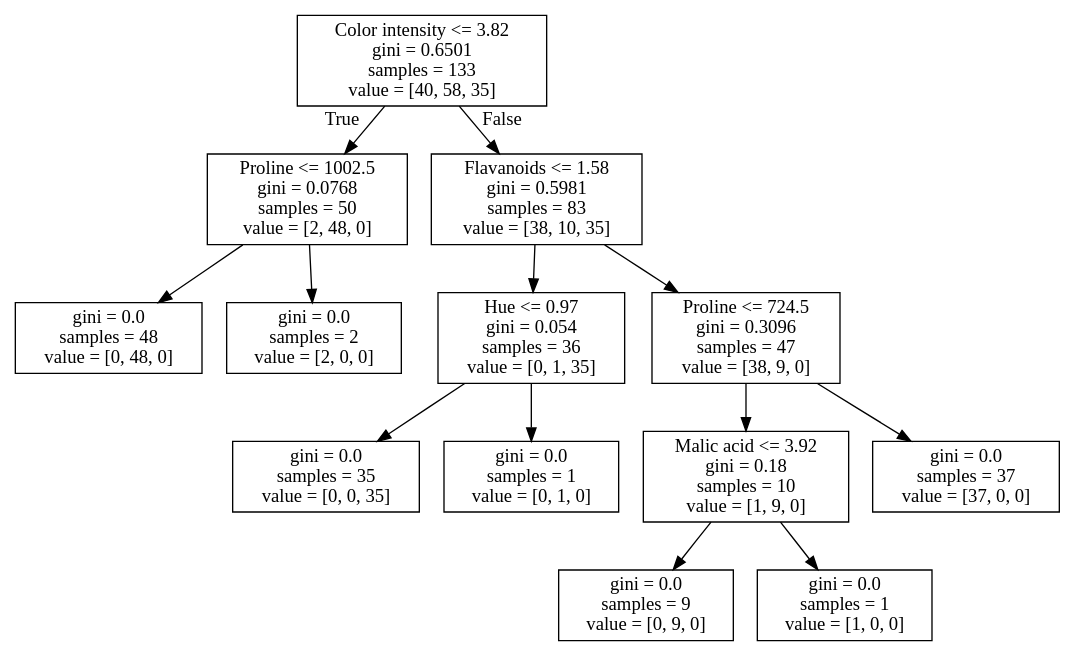
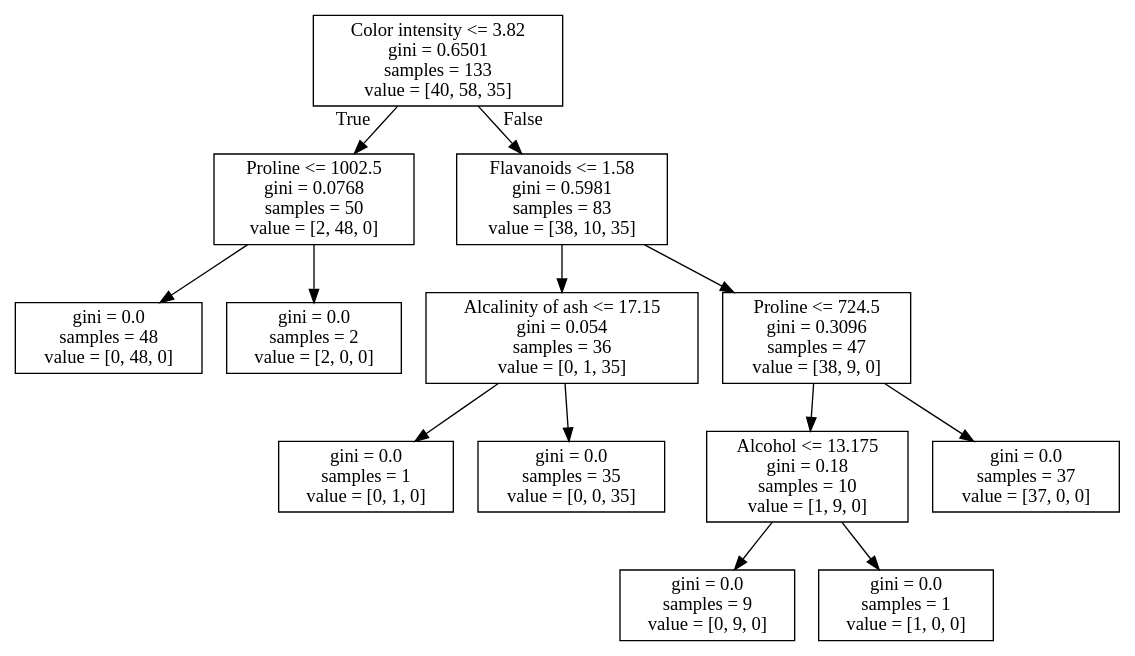
One commit to AnilKumarTeegala/DSE220_Machine_Learning changed the diagram in IPynb/workfile.dot. Above: the diagram before and after it, drawn with Graphviz. The commit also changed 3 other files, not shown here.

```diff
--- a/IPynb/workfile.dot
+++ b/IPynb/workfile.dot
@@ -1,28 +1,28 @@
 digraph Tree {
 node [shape=box] ;
 0 [label="Color intensity <= 3.82\ngini = 0.6501\nsamples = 133\nvalue = [40, 58, 35]"] ;
 1 [label="Proline <= 1002.5\ngini = 0.0768\nsamples = 50\nvalue = [2, 48, 0]"] ;
 0 -> 1 [labeldistance=2.5, labelangle=45, headlabel="True"] ;
 2 [label="gini = 0.0\nsamples = 48\nvalue = [0, 48, 0]"] ;
 1 -> 2 ;
 3 [label="gini = 0.0\nsamples = 2\nvalue = [2, 0, 0]"] ;
 1 -> 3 ;
 4 [label="Flavanoids <= 1.58\ngini = 0.5981\nsamples = 83\nvalue = [38, 10, 35]"] ;
 0 -> 4 [labeldistance=2.5, labelangle=-45, headlabel="False"] ;
-5 [label="Hue <= 0.97\ngini = 0.054\nsamples = 36\nvalue = [0, 1, 35]"] ;
+5 [label="Alcalinity of ash <= 17.15\ngini = 0.054\nsamples = 36\nvalue = [0, 1, 35]"] ;
 4 -> 5 ;
-6 [label="gini = 0.0\nsamples = 35\nvalue = [0, 0, 35]"] ;
+6 [label="gini = 0.0\nsamples = 1\nvalue = [0, 1, 0]"] ;
 5 -> 6 ;
-7 [label="gini = 0.0\nsamples = 1\nvalue = [0, 1, 0]"] ;
+7 [label="gini = 0.0\nsamples = 35\nvalue = [0, 0, 35]"] ;
 5 -> 7 ;
 8 [label="Proline <= 724.5\ngini = 0.3096\nsamples = 47\nvalue = [38, 9, 0]"] ;
 4 -> 8 ;
-9 [label="Malic acid <= 3.92\ngini = 0.18\nsamples = 10\nvalue = [1, 9, 0]"] ;
+9 [label="Alcohol <= 13.175\ngini = 0.18\nsamples = 10\nvalue = [1, 9, 0]"] ;
 8 -> 9 ;
 10 [label="gini = 0.0\nsamples = 9\nvalue = [0, 9, 0]"] ;
 9 -> 10 ;
 11 [label="gini = 0.0\nsamples = 1\nvalue = [1, 0, 0]"] ;
 9 -> 11 ;
 12 [label="gini = 0.0\nsamples = 37\nvalue = [37, 0, 0]"] ;
 8 -> 12 ;
 }
```
